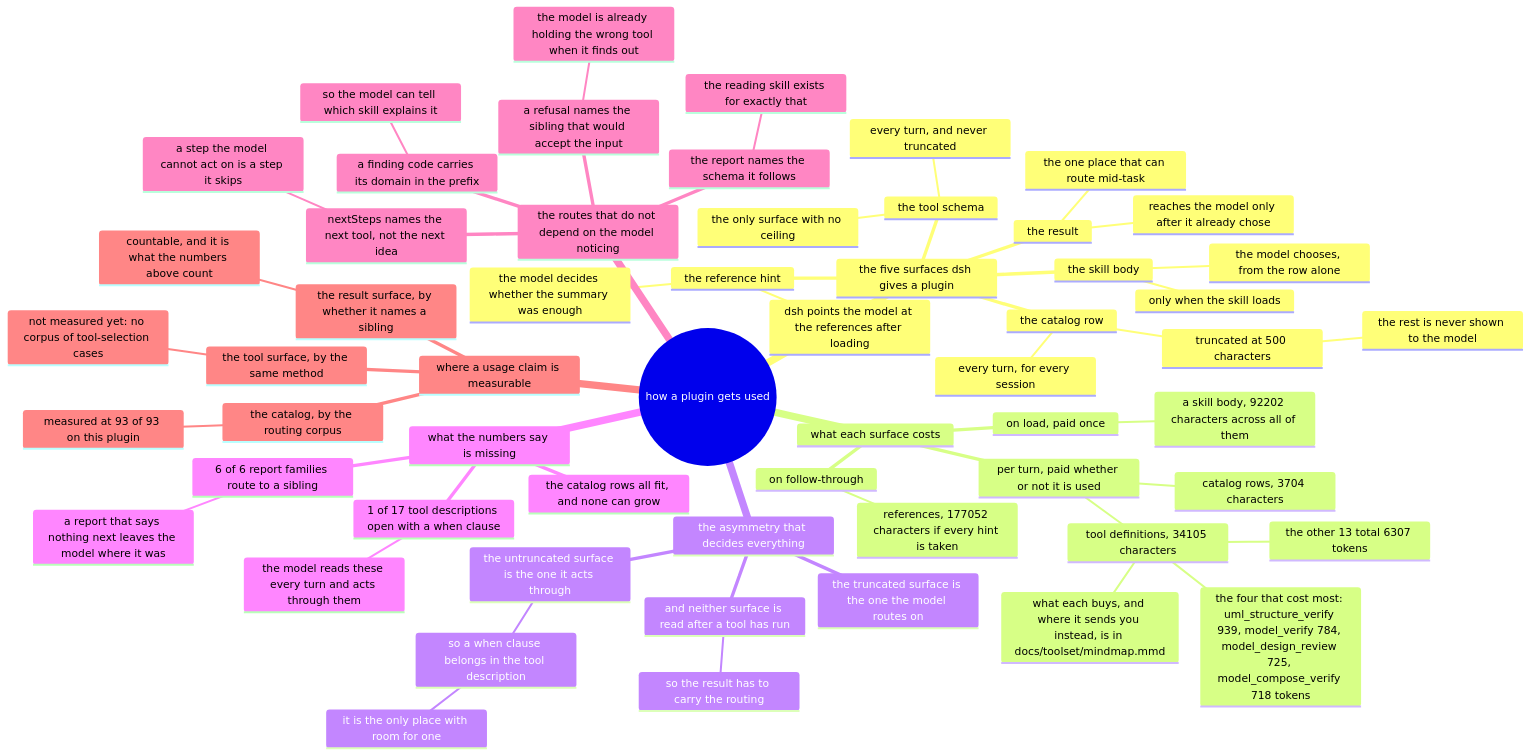
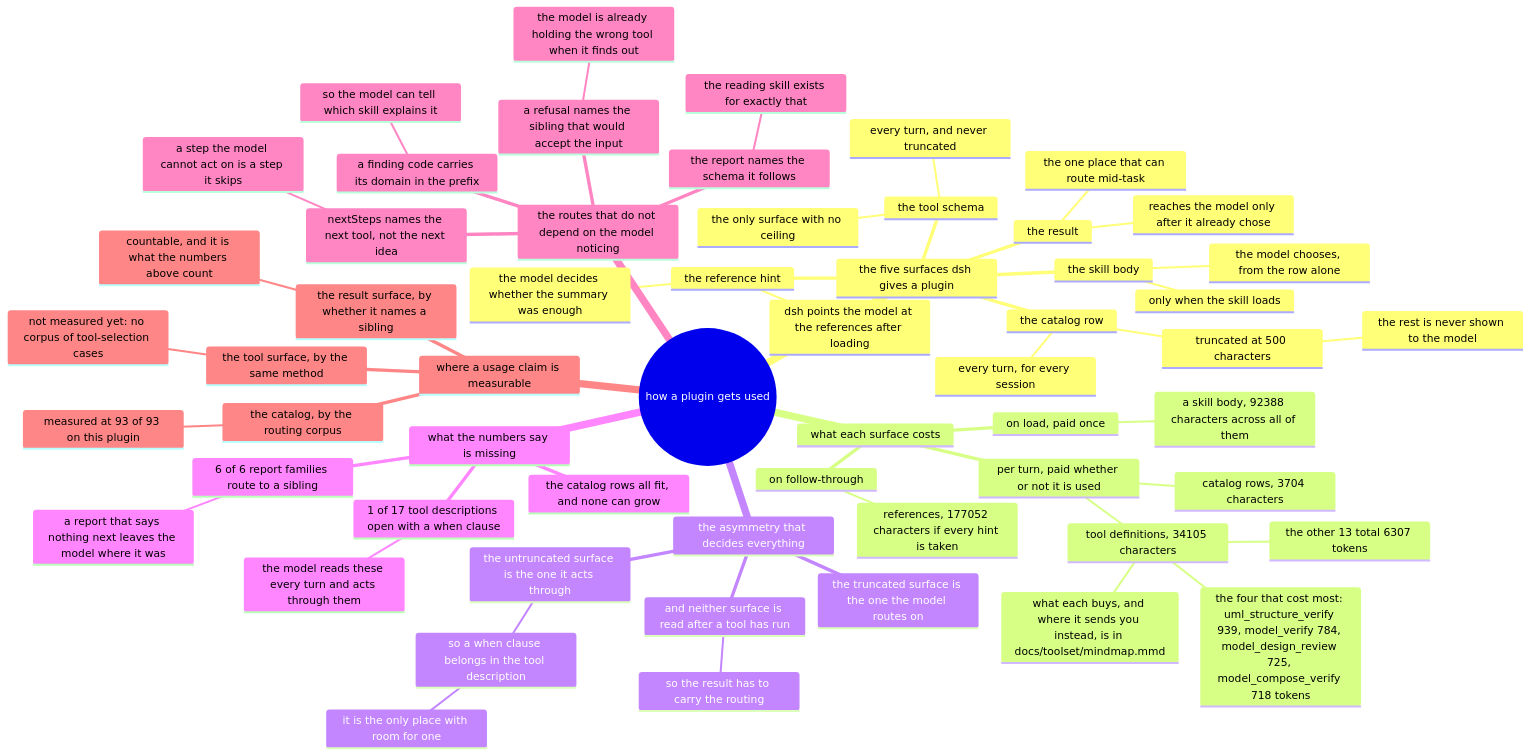
One commit to AmethystLuna/dsh-model-everything changed the diagram in docs/usage/mindmap.mmd. Above: the diagram before and after it, drawn with Mermaid. The commit also changed 9 other files, not shown here.

```diff
--- a/docs/usage/mindmap.mmd
+++ b/docs/usage/mindmap.mmd
@@ -1,59 +1,59 @@
 mindmap
 root((how a plugin gets used))
   the five surfaces dsh gives a plugin
     the catalog row
       every turn, for every session
       truncated at 500 characters
         the rest is never shown to the model
     the skill body
       only when the skill loads
       the model chooses, from the row alone
     the reference hint
       dsh points the model at the references after loading
       the model decides whether the summary was enough
     the tool schema
       every turn, and never truncated
       the only surface with no ceiling
     the result
       reaches the model only after it already chose
       the one place that can route mid-task
   what each surface costs
     per turn, paid whether or not it is used
       catalog rows, 3704 characters
       tool definitions, 34105 characters
         the four that cost most: uml_structure_verify 939, model_verify 784, model_design_review 725, model_compose_verify 718 tokens
         the other 13 total 6307 tokens
         what each buys, and where it sends you instead, is in docs/toolset/mindmap.mmd
     on load, paid once
-      a skill body, 92202 characters across all of them
+      a skill body, 92388 characters across all of them
     on follow-through
       references, 177052 characters if every hint is taken
   the asymmetry that decides everything
     the truncated surface is the one the model routes on
     the untruncated surface is the one it acts through
       so a when clause belongs in the tool description
         it is the only place with room for one
     and neither surface is read after a tool has run
       so the result has to carry the routing
   what the numbers say is missing
     1 of 17 tool descriptions open with a when clause
       the model reads these every turn and acts through them
     6 of 6 report families route to a sibling
       a report that says nothing next leaves the model where it was
     the catalog rows all fit, and none can grow
   the routes that do not depend on the model noticing
     a refusal names the sibling that would accept the input
       the model is already holding the wrong tool when it finds out
     nextSteps names the next tool, not the next idea
       a step the model cannot act on is a step it skips
     a finding code carries its domain in the prefix
       so the model can tell which skill explains it
     the report names the schema it follows
       the reading skill exists for exactly that
   where a usage claim is measurable
     the catalog, by the routing corpus
       measured at 93 of 93 on this plugin
     the tool surface, by the same method
       not measured yet: no corpus of tool-selection cases
     the result surface, by whether it names a sibling
       countable, and it is what the numbers above count
```
